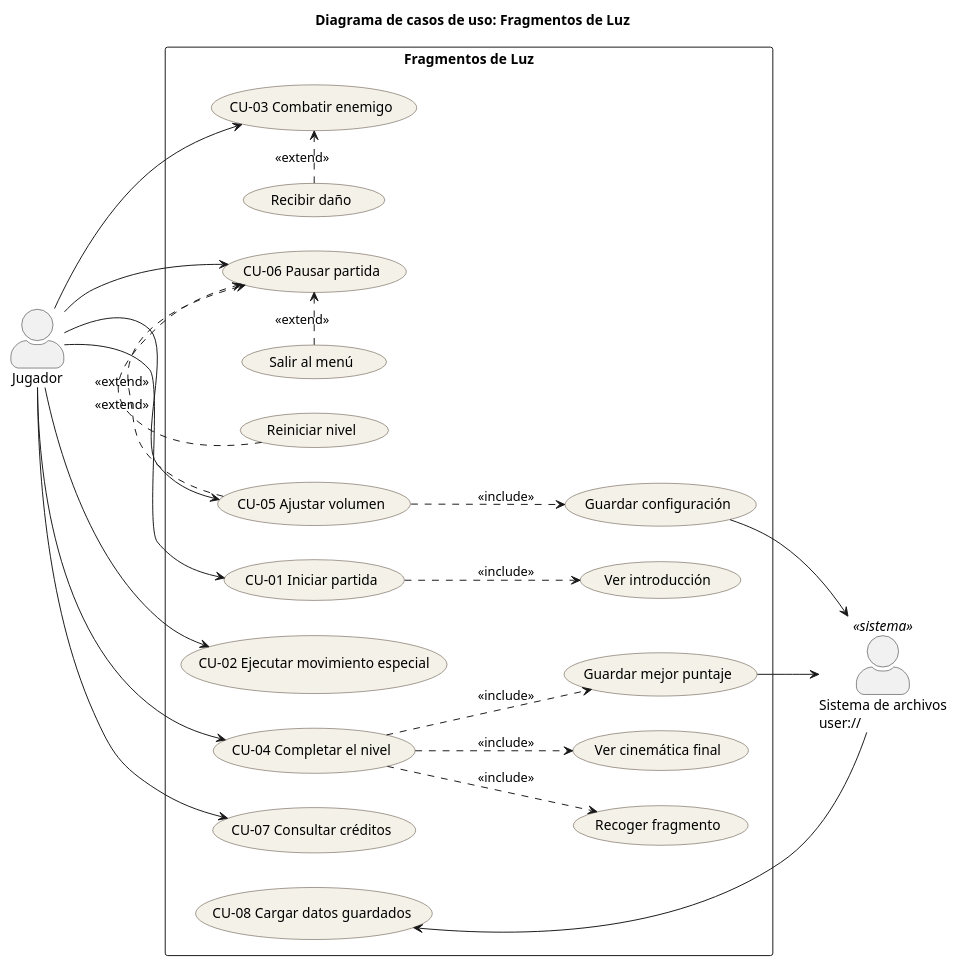
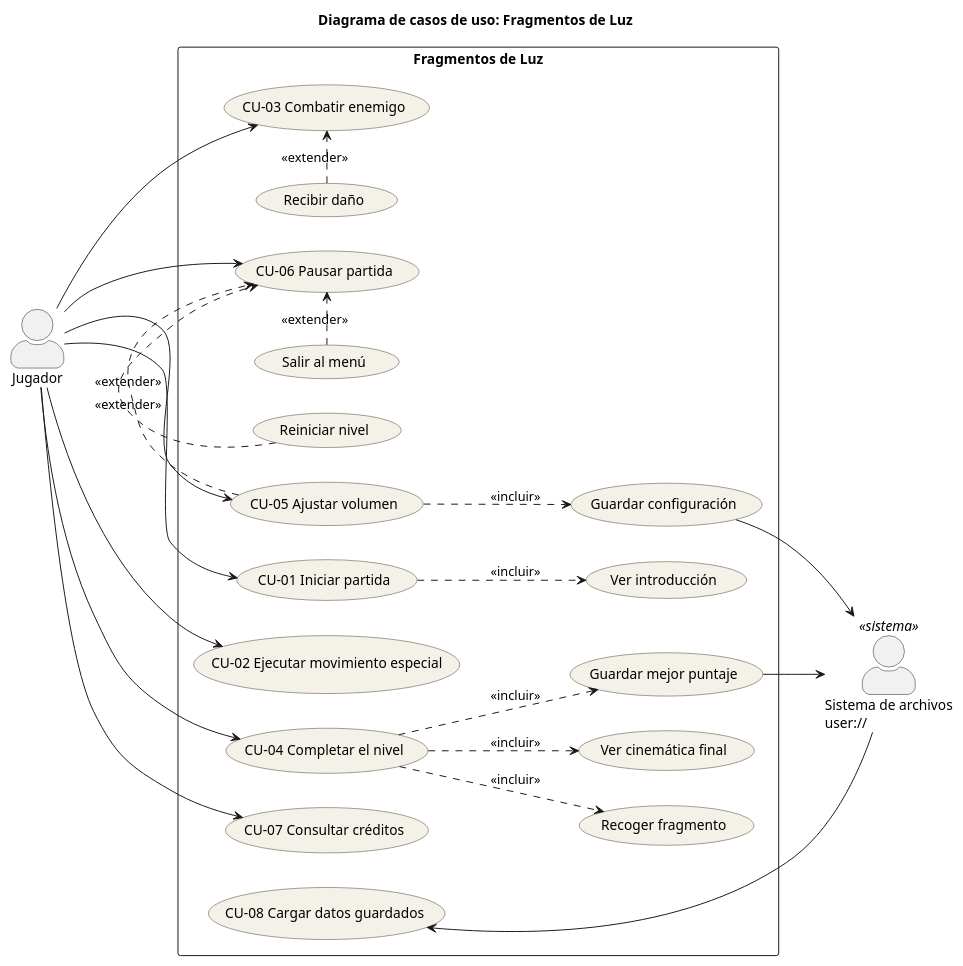
Before and after one commit to jaider23100/FragmentosDeLuz: the diagram in docs/diagramas/casos_de_uso.puml, drawn with PlantUML. The commit also changed 41 other files, not shown here.

```diff
--- a/docs/diagramas/casos_de_uso.puml
+++ b/docs/diagramas/casos_de_uso.puml
@@ -1,54 +1,54 @@
 @startuml casos_de_uso
 title Diagrama de casos de uso: Fragmentos de Luz
 left to right direction
 skinparam actorStyle awesome
 skinparam usecase {
   BackgroundColor #F4F1E8
   BorderColor #4A3B2C
 }
 skinparam packageStyle rectangle
 
 actor "Jugador" as J
 actor "Sistema de archivos\nuser://" as SA <<sistema>>
 
 rectangle "Fragmentos de Luz" {
   usecase "CU-01 Iniciar partida" as CU01
   usecase "Ver introducción" as VI
   usecase "CU-02 Ejecutar movimiento especial" as CU02
   usecase "CU-03 Combatir enemigo" as CU03
   usecase "Recibir daño" as RD
   usecase "CU-04 Completar el nivel" as CU04
   usecase "Recoger fragmento" as RF
   usecase "Ver cinemática final" as VC
   usecase "Guardar mejor puntaje" as GP
   usecase "CU-05 Ajustar volumen" as CU05
   usecase "Guardar configuración" as GC
   usecase "CU-06 Pausar partida" as CU06
   usecase "Reiniciar nivel" as RN
   usecase "Salir al menú" as SM
   usecase "CU-07 Consultar créditos" as CU07
   usecase "CU-08 Cargar datos guardados" as CU08
 }
 
 J --> CU01
 J --> CU02
 J --> CU03
 J --> CU04
 J --> CU05
 J --> CU06
 J --> CU07
 
-CU01 ..> VI : <<include>>
-RD .> CU03 : <<extend>>
-CU04 ..> RF : <<include>>
-CU04 ..> VC : <<include>>
-CU04 ..> GP : <<include>>
-CU05 ..> GC : <<include>>
-RN .> CU06 : <<extend>>
-CU05 .> CU06 : <<extend>>
-SM .> CU06 : <<extend>>
+CU01 ..> VI : <<incluir>>
+RD .> CU03 : <<extender>>
+CU04 ..> RF : <<incluir>>
+CU04 ..> VC : <<incluir>>
+CU04 ..> GP : <<incluir>>
+CU05 ..> GC : <<incluir>>
+RN .> CU06 : <<extender>>
+CU05 .> CU06 : <<extender>>
+SM .> CU06 : <<extender>>
 
 GP --> SA
 GC --> SA
 CU08 <-- SA
 @enduml
```
